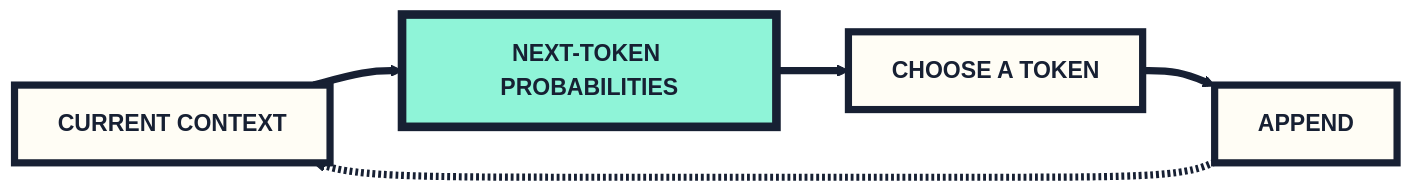
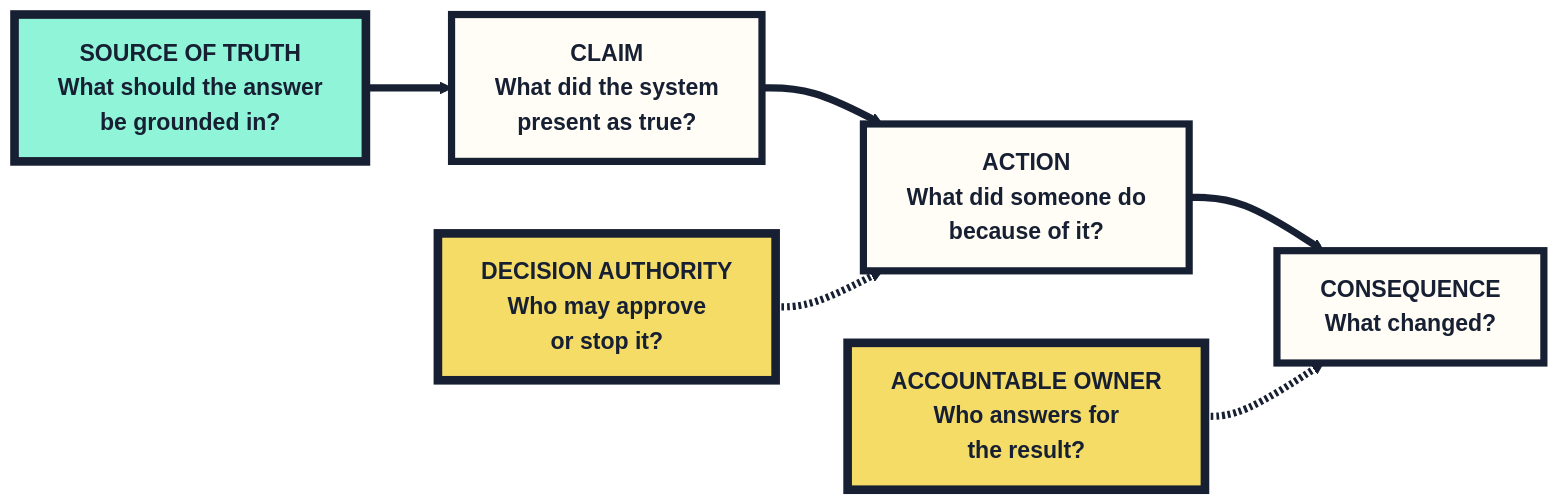
The fourth of 4 diagrams in slides/session-1/morning.md (clg236/applied-generative-ai-course-students), drawn with Mermaid before and after one commit. The commit also changed other lines of this file and 59 other files, not shown here.

````diff
--- a/slides/session-1/morning.md
+++ b/slides/session-1/morning.md
@@ -544,11 +779,14 @@
 ```mermaid
 flowchart LR
-  accTitle: How a language model generates text one token at a time
-  accDescr: The current context produces probabilities for the next token. The system chooses a token, appends it to the context, and repeats the process. This loop does not automatically verify whether a claim is true.
-  C["CURRENT CONTEXT"] --> P["NEXT-TOKEN PROBABILITIES"] --> D["CHOOSE A TOKEN"] --> A["APPEND"]
-  A -.-> C
+  accTitle: Source, claim, action, authority, and accountability
+  accDescr: An approved source should ground a system claim. The claim can change a customer action and create a consequence. Decision authority controls who may approve or stop the action; the accountable owner remains answerable for the result.
+  S["SOURCE OF TRUTH<br/>What should the answer<br/>be grounded in?"] --> O["CLAIM<br/>What did the system<br/>present as true?"] --> A["ACTION<br/>What did someone do<br/>because of it?"] --> C["CONSEQUENCE<br/>What changed?"]
+  H["DECISION AUTHORITY<br/>Who may approve<br/>or stop it?"] -.-> A
+  K["ACCOUNTABLE OWNER<br/>Who answers for<br/>the result?"] -.-> C
   classDef default fill:#fffdf5,stroke:#172033,stroke-width:5px,color:#172033,font-weight:900,rx:0px,ry:0px;
-  classDef focus fill:#8ff4d8,stroke:#172033,stroke-width:6px,color:#172033,font-weight:900,rx:0px,ry:0px;
-  class P focus
+  classDef source fill:#8ff4d8,stroke:#172033,stroke-width:6px,color:#172033,font-weight:900,rx:0px,ry:0px;
+  classDef warning fill:#f4dc67,stroke:#172033,stroke-width:6px,color:#172033,font-weight:900,rx:0px,ry:0px;
+  class S source
+  class H,K warning
   linkStyle default stroke:#172033,stroke-width:5px;
 ```
````
